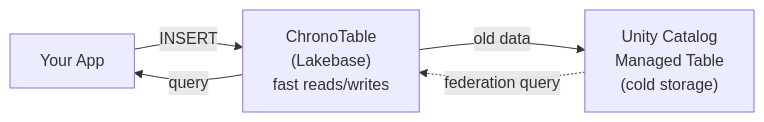
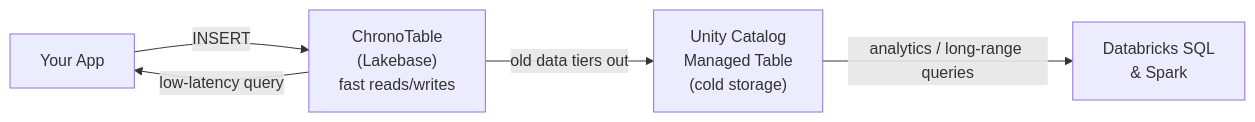
One commit to databricks-solutions/lakets changed the diagram in website/docs/guides/how-it-works/index.md. Above: the diagram before and after it, drawn with Mermaid. The commit also changed other lines of this file and 128 other files, not shown here.

````diff
--- a/website/docs/guides/how-it-works/index.md
+++ b/website/docs/guides/how-it-works/index.md
@@ -39,7 +37,7 @@
 ```mermaid
 flowchart LR
     APP["Your App"] -->|INSERT| HT["ChronoTable<br/>(Lakebase)<br/>fast reads/writes"]
-    HT -->|query| APP
-    HT -->|old data| UC["Unity Catalog<br/>Managed Table<br/>(cold storage)"]
-    UC -.->|federation query| HT
+    HT -->|low-latency query| APP
+    HT -->|old data tiers out| UC["Unity Catalog<br/>Managed Table<br/>(cold storage)"]
+    UC -->|analytics / long-range queries| DBX["Databricks SQL<br/>& Spark"]
 ```
````
